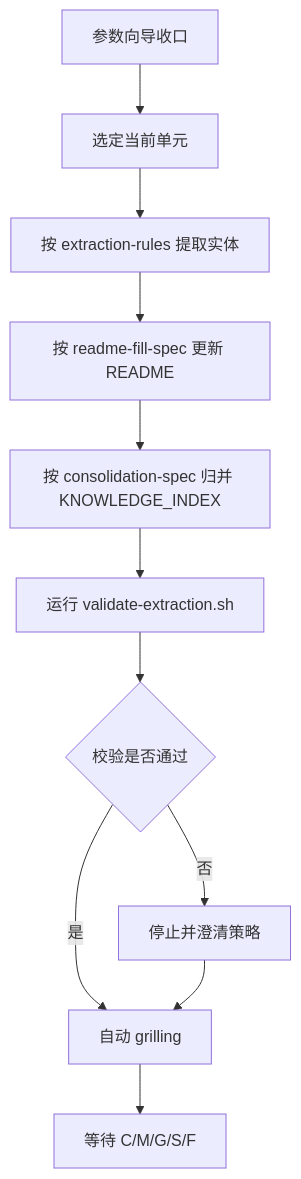
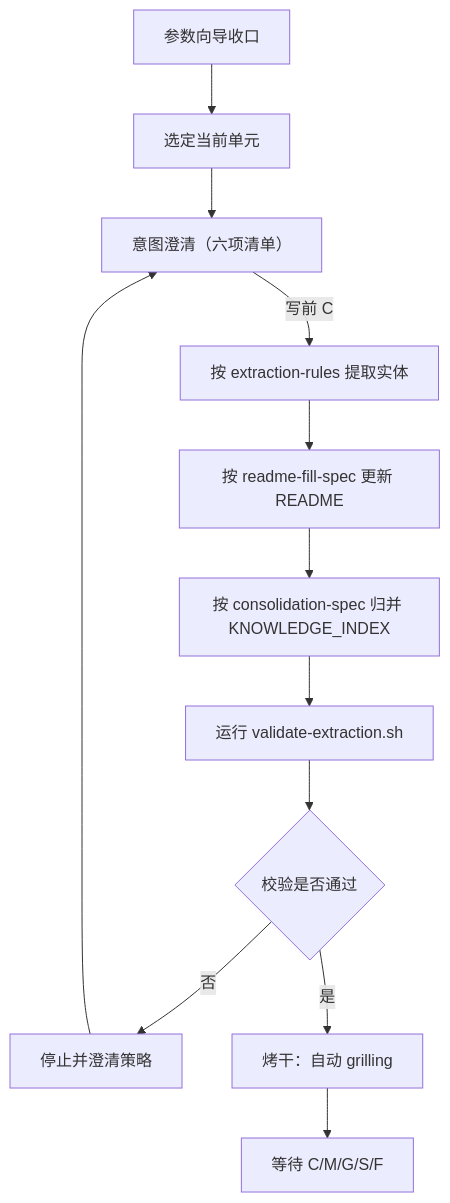
One commit to oleewen/ai-knowledge changed the diagram in agent/skills/docs-build/references/workflow.md. Above: the diagram before and after it, drawn with Mermaid. The commit also changed other lines of this file and 115 other files, not shown here.

````diff
--- a/agent/skills/docs-build/references/workflow.md
+++ b/agent/skills/docs-build/references/workflow.md
@@ -61,13 +80,14 @@
 ```mermaid
 flowchart TD
     A["参数向导收口"] --> B["选定当前单元"]
-    B --> C["按 extraction-rules 提取实体"]
+    B --> IC["意图澄清（六项清单）"]
+    IC -->|写前 C| C["按 extraction-rules 提取实体"]
     C --> D["按 readme-fill-spec 更新 README"]
     D --> E["按 consolidation-spec 归并 KNOWLEDGE_INDEX"]
     E --> F["运行 validate-extraction.sh"]
     F --> G{"校验是否通过"}
     G -->|否| H["停止并澄清策略"]
-    G -->|是| I["自动 grilling"]
-    H --> I
+    G -->|是| I["烤干：自动 grilling"]
+    H --> IC
     I --> J["等待 C/M/G/S/F"]
 ```
````
